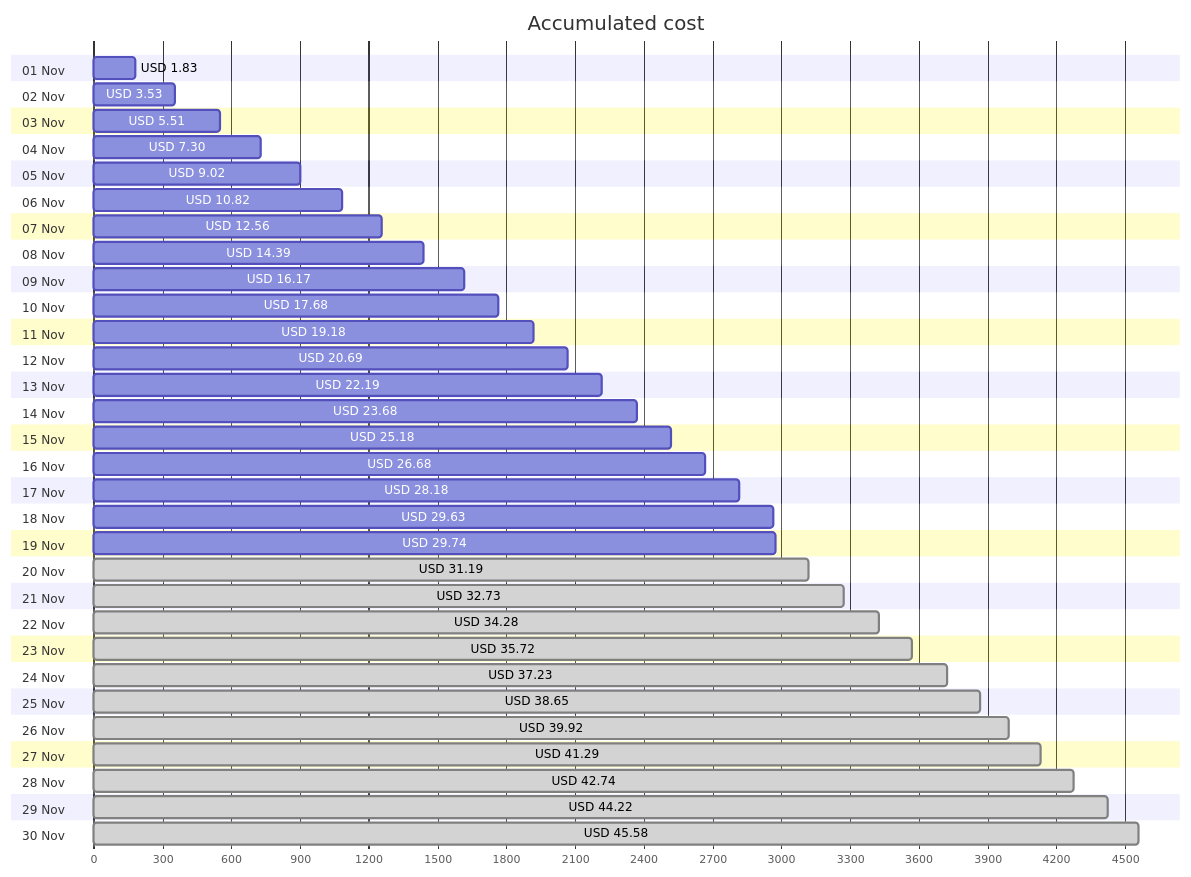
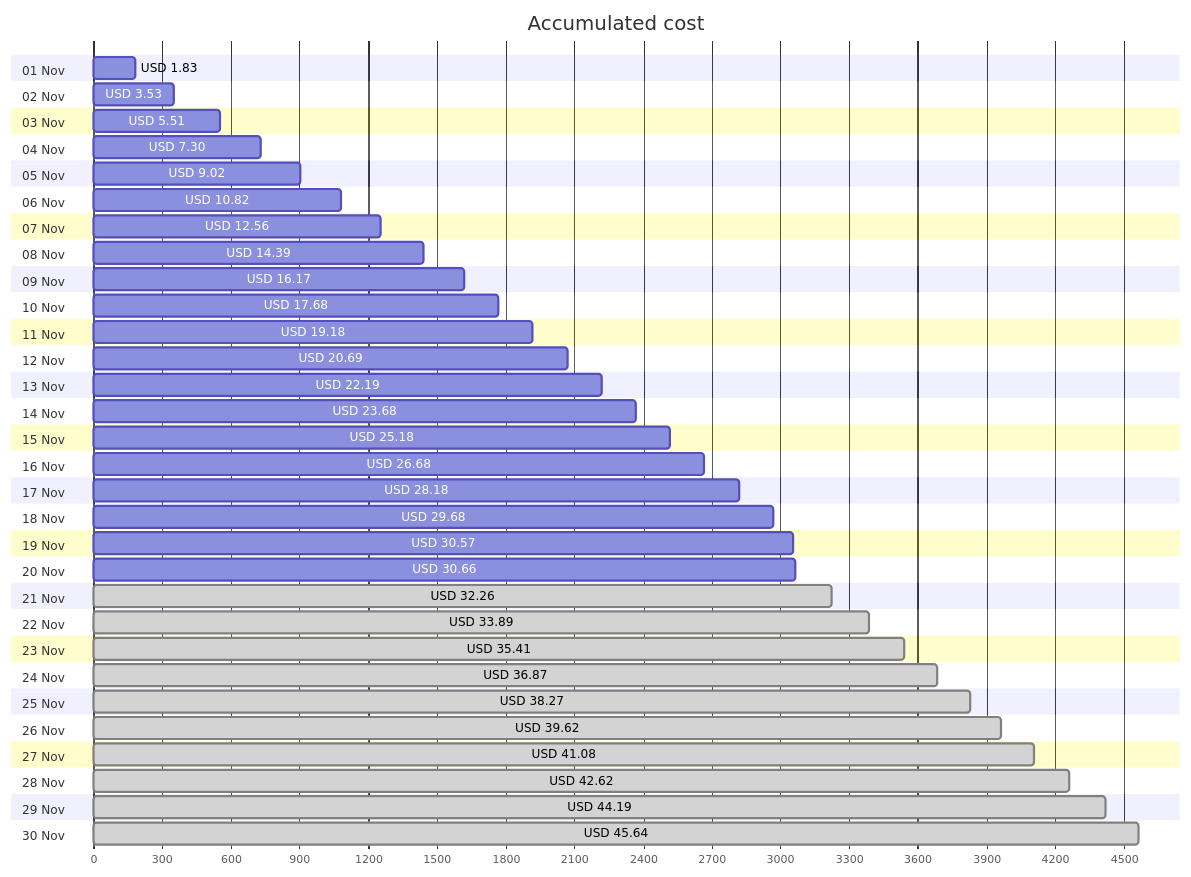
One commit to jpfulton/azure-personal-reports changed the first of 4 diagrams in cost-reports/personal-network/README.md. Above: the diagram before and after it, drawn with Mermaid. The commit also changed other lines of this file and 8 other files, not shown here.

````diff
--- a/cost-reports/personal-network/README.md
+++ b/cost-reports/personal-network/README.md
@@ -20,66 +20,66 @@
 ```mermaid
 gantt
    title Accumulated cost
    dateFormat  X
    axisFormat %s
    section 01 Nov
    USD 1.83 :0, 183
    section 02 Nov
    USD 3.53 :0, 353
    section 03 Nov
    USD 5.51 :0, 551
    section 04 Nov
    USD 7.30 :0, 730
    section 05 Nov
    USD 9.02 :0, 902
    section 06 Nov
    USD 10.82 :0, 1082
    section 07 Nov
    USD 12.56 :0, 1256
    section 08 Nov
    USD 14.39 :0, 1439
    section 09 Nov
    USD 16.17 :0, 1617
    section 10 Nov
    USD 17.68 :0, 1768
    section 11 Nov
    USD 19.18 :0, 1918
    section 12 Nov
    USD 20.69 :0, 2069
    section 13 Nov
    USD 22.19 :0, 2219
    section 14 Nov
    USD 23.68 :0, 2368
    section 15 Nov
    USD 25.18 :0, 2518
    section 16 Nov
    USD 26.68 :0, 2668
    section 17 Nov
    USD 28.18 :0, 2818
    section 18 Nov
-   USD 29.63 :0, 2963
+   USD 29.68 :0, 2968
    section 19 Nov
-   USD 29.74 :0, 2974
+   USD 30.57 :0, 3057
    section 20 Nov
-   USD 31.19 : done, 0, 3119
+   USD 30.66 :0, 3066
    section 21 Nov
-   USD 32.73 : done, 0, 3273
+   USD 32.26 : done, 0, 3226
    section 22 Nov
-   USD 34.28 : done, 0, 3428
+   USD 33.89 : done, 0, 3389
    section 23 Nov
-   USD 35.72 : done, 0, 3572
+   USD 35.41 : done, 0, 3541
    section 24 Nov
-   USD 37.23 : done, 0, 3723
+   USD 36.87 : done, 0, 3687
    section 25 Nov
-   USD 38.65 : done, 0, 3865
+   USD 38.27 : done, 0, 3827
    section 26 Nov
-   USD 39.92 : done, 0, 3992
+   USD 39.62 : done, 0, 3962
    section 27 Nov
-   USD 41.29 : done, 0, 4129
+   USD 41.08 : done, 0, 4108
    section 28 Nov
-   USD 42.74 : done, 0, 4274
+   USD 42.62 : done, 0, 4262
    section 29 Nov
-   USD 44.22 : done, 0, 4422
+   USD 44.19 : done, 0, 4419
    section 30 Nov
-   USD 45.58 : done, 0, 4558
+   USD 45.64 : done, 0, 4564
 ```
````
